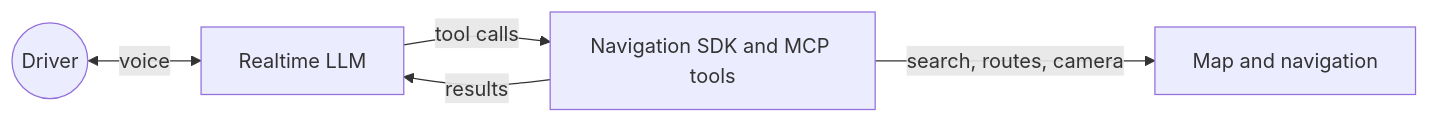
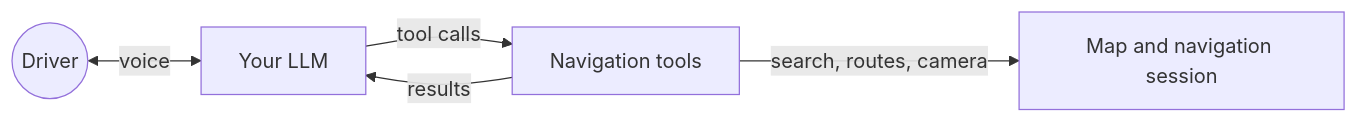
One commit to mapbox/mapbox-navigation-agent-sample changed the diagram in README.md. Above: the diagram before and after it, drawn with Mermaid. The commit also changed other lines of this file and 23 other files, not shown here.

````diff
--- a/README.md
+++ b/README.md
@@ -54,12 +61,12 @@
 ```mermaid
 flowchart LR
     User((Driver))
-    LLM["Realtime LLM"]
-    Tools["Navigation SDK and MCP tools"]
-    Map["Map and navigation"]
+    LLM["Your LLM"]
+    Tools["Navigation tools"]
+    Map["Map and navigation session"]
 
     User <-->|voice| LLM
     LLM -->|tool calls| Tools
     Tools -->|results| LLM
     Tools -->|search, routes, camera| Map
 ```
````
